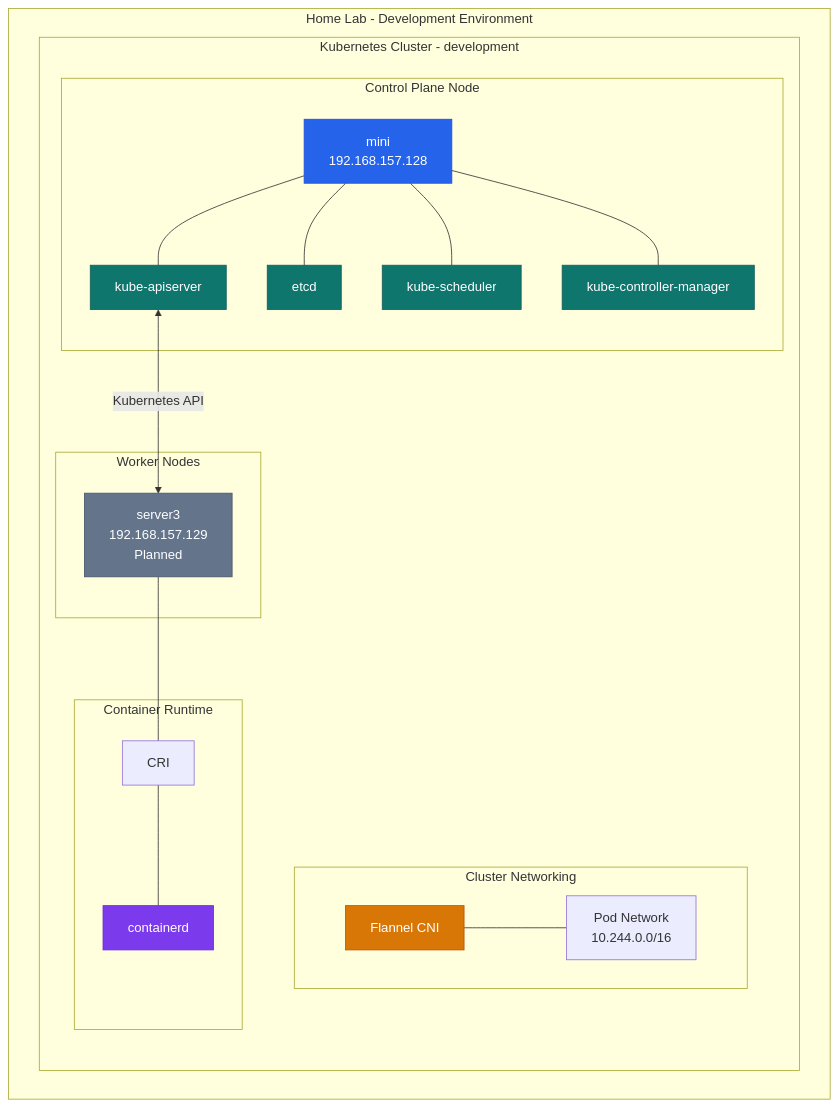
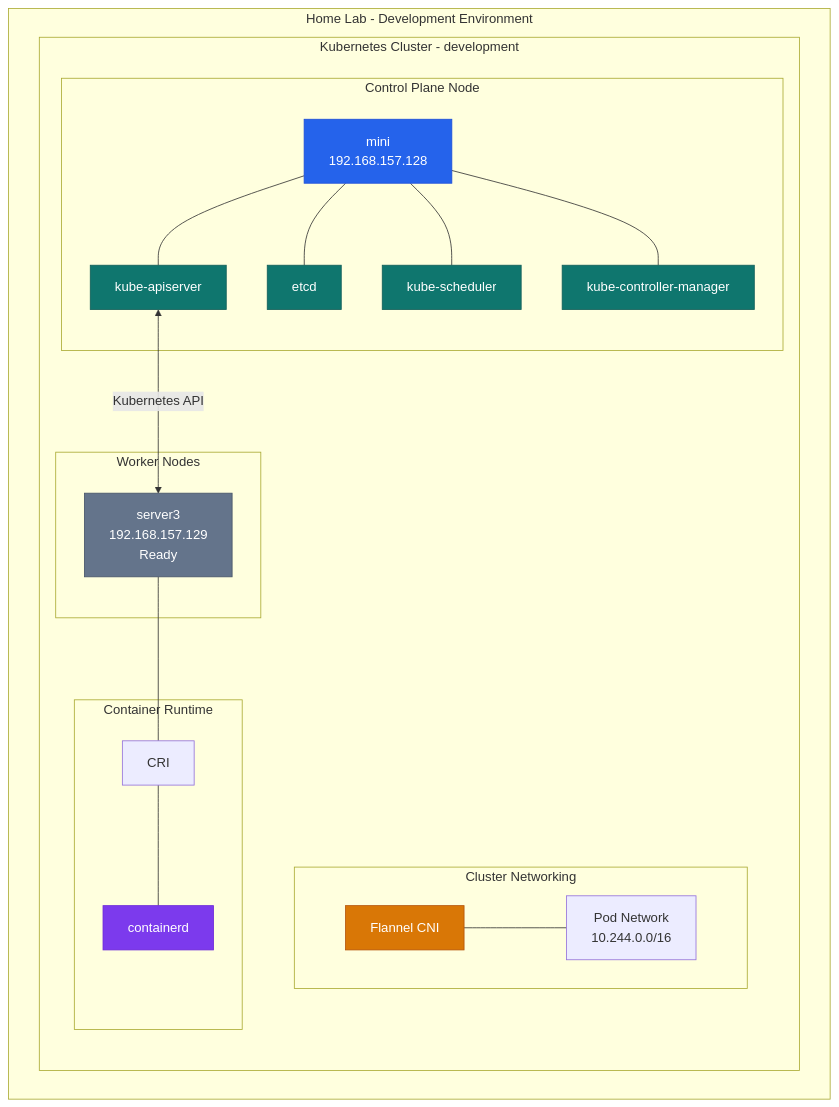
One commit to lost-glasses/home-lab changed the diagram in README.md. Above: the diagram before and after it, drawn with Mermaid. The commit also changed other lines of this file, not shown here.

````diff
--- a/README.md
+++ b/README.md
@@ -11,51 +11,51 @@
 ```mermaid
 flowchart TB
 
     subgraph LAB["Home Lab - Development Environment"]
 
         subgraph CLUSTER["Kubernetes Cluster - development"]
 
             subgraph CP["Control Plane Node"]
                 MINI["mini<br/>192.168.157.128"]
 
                 API["kube-apiserver"]
                 ETCD["etcd"]
                 SCHED["kube-scheduler"]
                 CM["kube-controller-manager"]
 
                 MINI --- API
                 MINI --- ETCD
                 MINI --- SCHED
                 MINI --- CM
             end
 
             subgraph WORKERS["Worker Nodes"]
-                SERVER3["server3<br/>192.168.157.129<br/>Planned"]
+                SERVER3["server3<br/>192.168.157.129<br/>Ready"]
             end
 
             subgraph NETWORK["Cluster Networking"]
                 FLANNEL["Flannel CNI"]
                 PODNET["Pod Network<br/>10.244.0.0/16"]
             end
 
             subgraph RUNTIME["Container Runtime"]
                 CRI["CRI"]
                 CONTAINERD["containerd"]
             end
 
             API <-->|Kubernetes API| SERVER3
             SERVER3 --- CRI
             CRI --- CONTAINERD
             FLANNEL --- PODNET
         end
     end
 
     style MINI fill:#2563eb,color:#fff,stroke:#1d4ed8
     style SERVER3 fill:#64748b,color:#fff,stroke:#475569
     style API fill:#0f766e,color:#fff,stroke:#115e59
     style ETCD fill:#0f766e,color:#fff,stroke:#115e59
     style SCHED fill:#0f766e,color:#fff,stroke:#115e59
     style CM fill:#0f766e,color:#fff,stroke:#115e59
     style CONTAINERD fill:#7c3aed,color:#fff,stroke:#6d28d9
     style FLANNEL fill:#d97706,color:#fff,stroke:#b45309
 ```
````
